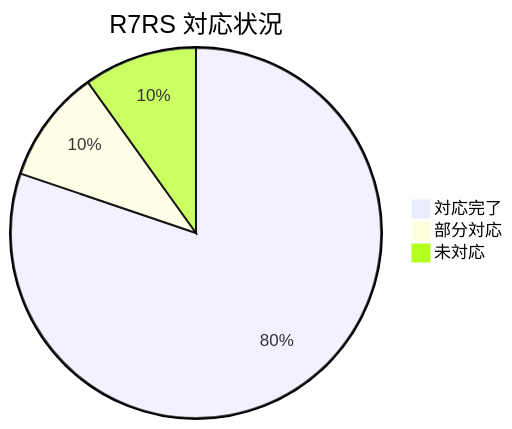
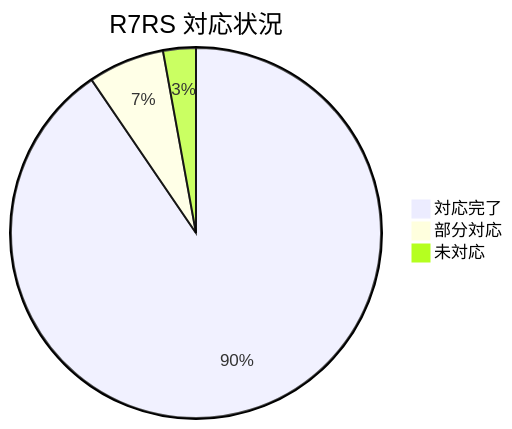
One commit to suchi/sucheme-go changed the diagram in docs/r7rs-compliance.md. Above: the diagram before and after it, drawn with Mermaid. The commit also changed other lines of this file and 4 other files, not shown here.

````diff
--- a/docs/r7rs-compliance.md
+++ b/docs/r7rs-compliance.md
@@ -7,6 +7,6 @@
 ```mermaid
 pie title R7RS 対応状況
-    "対応完了" : 81
-    "部分対応" : 10
-    "未対応" : 10
+    "対応完了" : 95
+    "部分対応" : 7
+    "未対応" : 3
 ```
````
